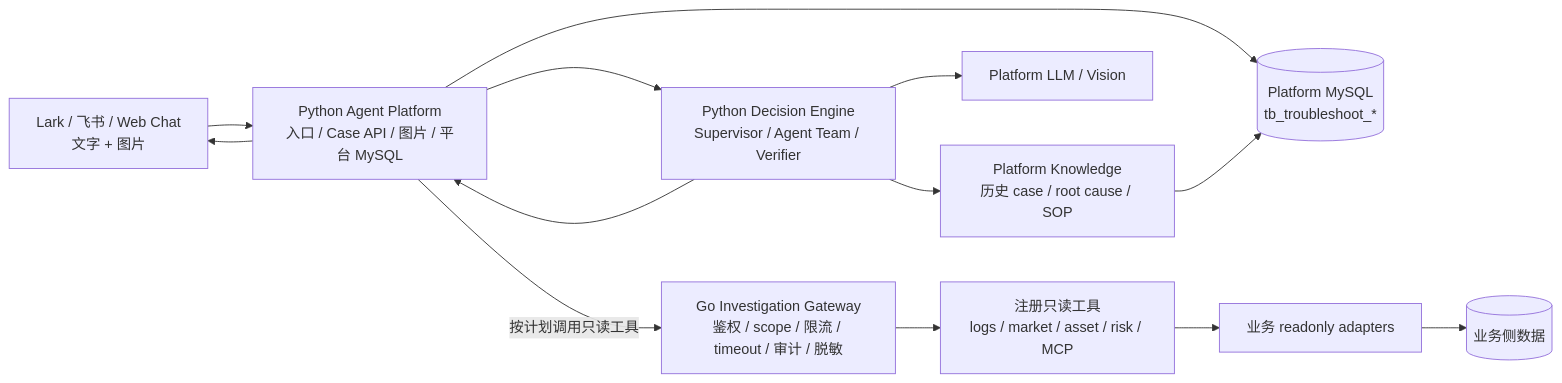
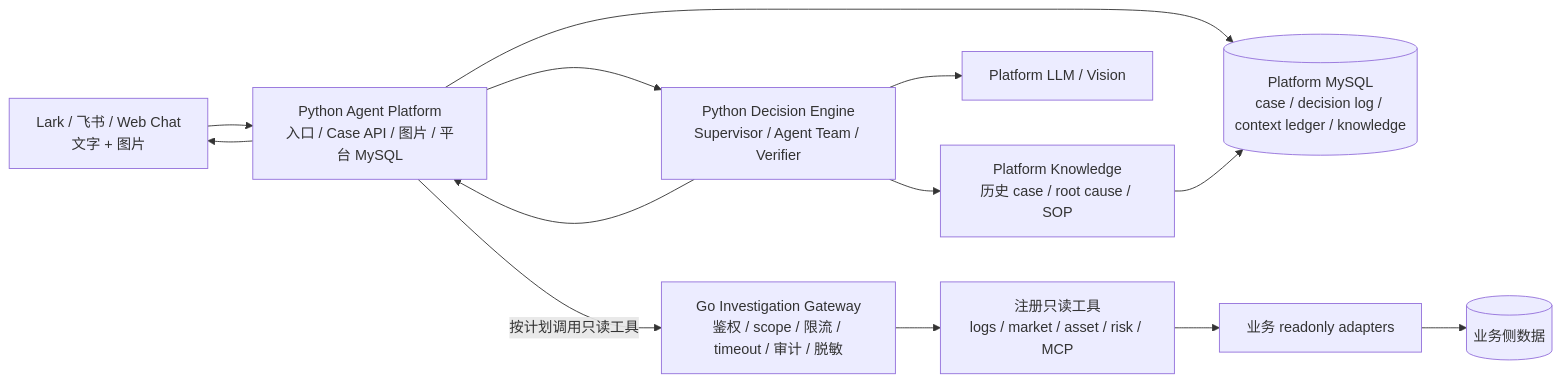
The diagram in README.md (Nankis/ai-troubleshooter), drawn with Mermaid before and after one commit. The commit also changed other lines of this file and 20 other files, not shown here.

Commit message:
P-2026-036 add context ledger isolation

````diff
--- a/README.md
+++ b/README.md
@@ -27,15 +27,15 @@
 ```mermaid
 flowchart LR
   Input["Lark / 飞书 / Web Chat<br/>文字 + 图片"] --> Platform["Python Agent Platform<br/>入口 / Case API / 图片 / 平台 MySQL"]
   Platform --> Engine["Python Decision Engine<br/>Supervisor / Agent Team / Verifier"]
   Engine --> Knowledge["Platform Knowledge<br/>历史 case / root cause / SOP"]
   Engine --> Model["Platform LLM / Vision"]
-  Platform --> Store[("Platform MySQL<br/>tb_troubleshoot_*")]
+  Platform --> Store[("Platform MySQL<br/>case / decision log / context ledger / knowledge")]
   Engine --> Platform
   Knowledge --> Store
   Platform -- "按计划调用只读工具" --> Gateway["Go Investigation Gateway<br/>鉴权 / scope / 限流 / timeout / 审计 / 脱敏"]
   Gateway --> Tools["注册只读工具<br/>logs / market / asset / risk / MCP"]
   Tools --> Business["业务 readonly adapters"]
   Business --> BusinessDB[("业务侧数据")]
   Platform --> Input
 ```
````
